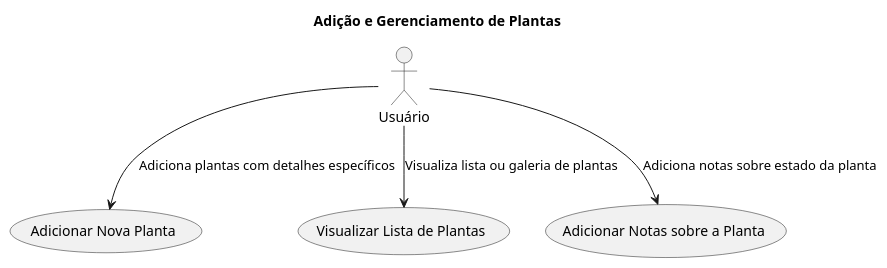
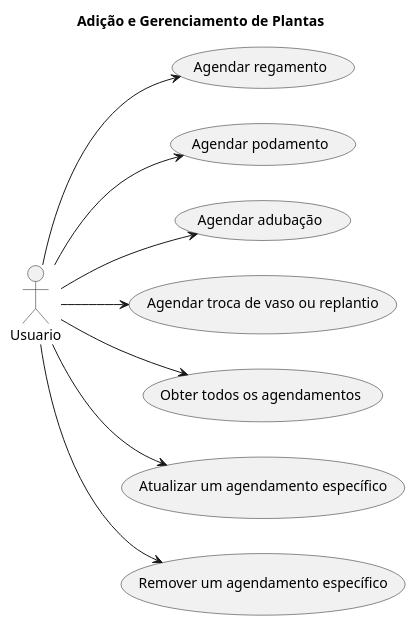
Before and after one commit to tiagors09/CareGardenProject: the diagram in docs/diagramas/src/diagramas_caso_de_uso/adicao_gerenciamento_plantas.plantuml, drawn with PlantUML.

Commit message:
docs: :memo: Atualizar diagrama de caso de uso de adição e gerenciamento de plantas

```diff
--- a/docs/diagramas/src/diagramas_caso_de_uso/adicao_gerenciamento_plantas.plantuml
+++ b/docs/diagramas/src/diagramas_caso_de_uso/adicao_gerenciamento_plantas.plantuml
@@ -1,14 +1,23 @@
 @startuml Adicao_Gerenciamento_Plantas
 title Adição e Gerenciamento de Plantas
 
-actor Usuario as "Usuário"
+left to right direction
 
-usecase "Adicionar Nova Planta" as UC1
-usecase "Visualizar Lista de Plantas" as UC2
-usecase "Adicionar Notas sobre a Planta" as UC3
+actor Usuario as u
 
-Usuario --> UC1 : Adiciona plantas com detalhes específicos
-Usuario --> UC2 : Visualiza lista ou galeria de plantas
-Usuario --> UC3 : Adiciona notas sobre estado da planta
+usecase "Agendar regamento" as UC1
+usecase "Agendar podamento" as UC2
+usecase "Agendar adubação" as UC3
+usecase "Agendar troca de vaso ou replantio" as UC4
+usecase "Obter todos os agendamentos" as UC5
+usecase "Atualizar um agendamento específico" as UC6
+usecase "Remover um agendamento específico" as UC7
 
+u --> UC1
+u --> UC2
+u --> UC3
+u --> UC4
+u --> UC5
+u --> UC6
+u --> UC7
 @enduml
```
